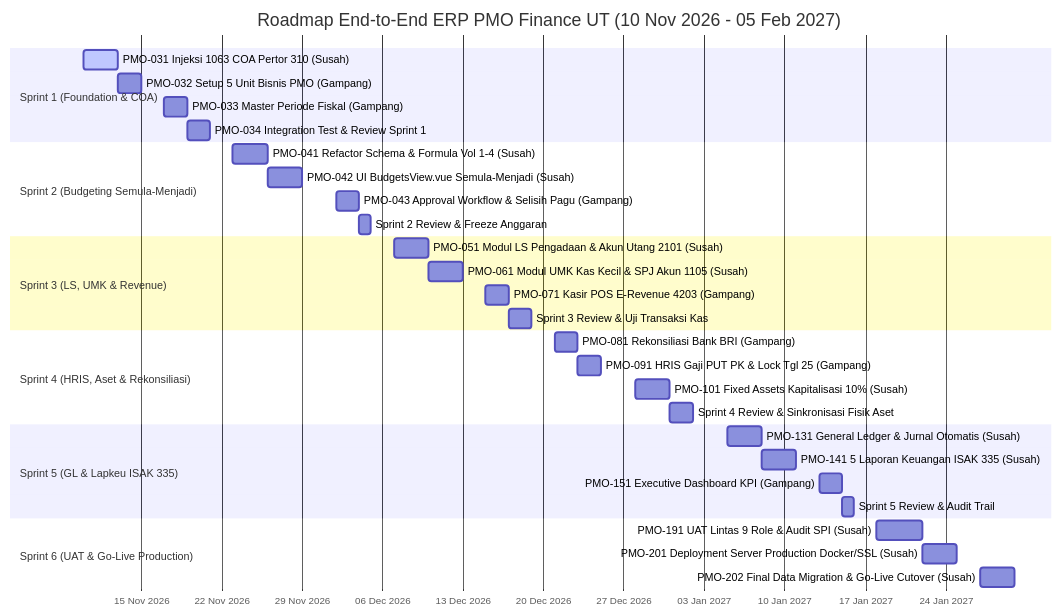
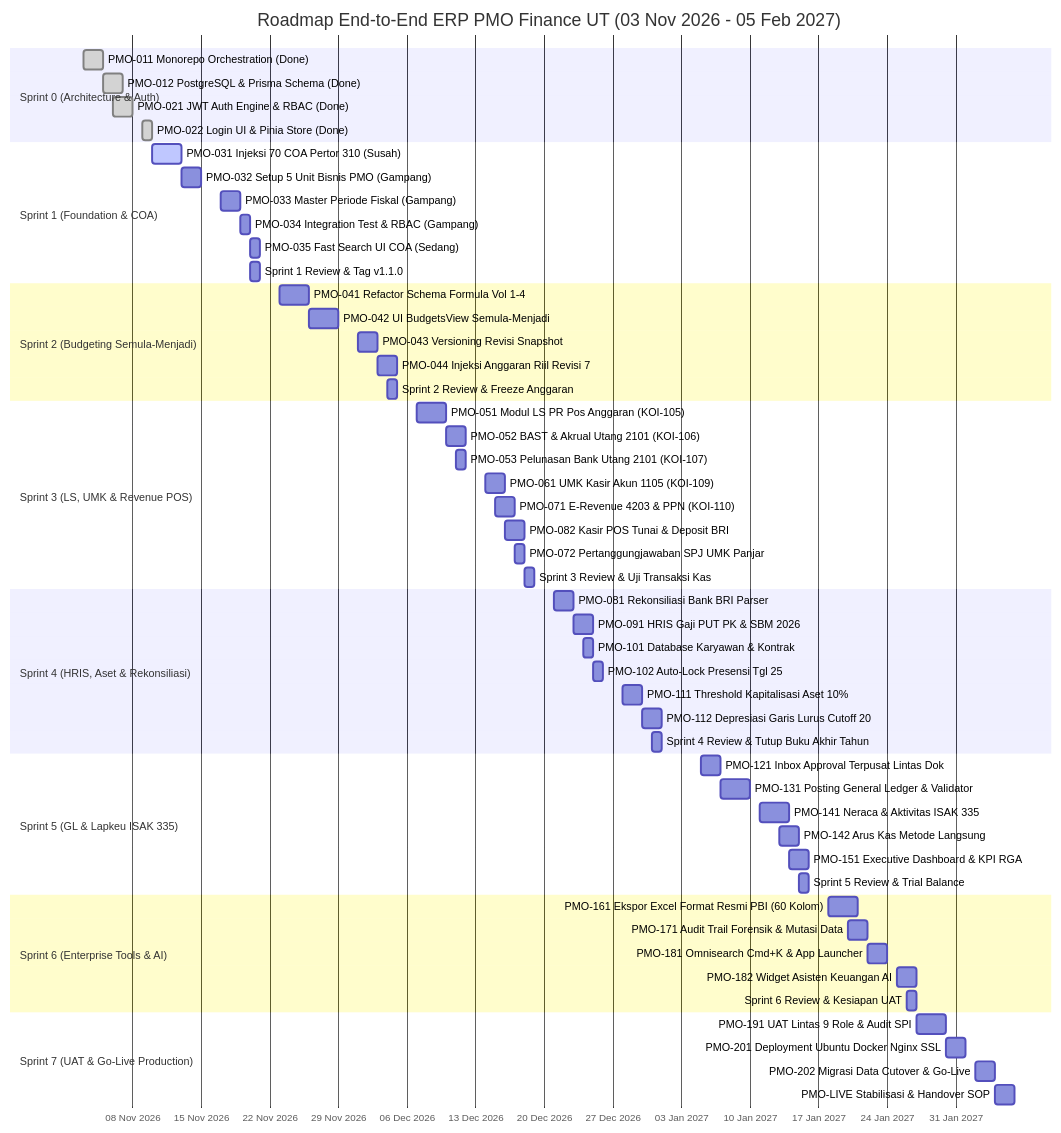
The diagram in docs/JIRA-SPRINT-SCHEDULE-AND-TIMELINE.md (rifamuhammad/pmo-finance), drawn with Mermaid before and after one commit. The commit also changed other lines of this file and 1 other file, not shown here.

Commit message:
docs(jira): synchronize 100% parity between product backlog and sprint schedule timeline

````diff
--- a/docs/JIRA-SPRINT-SCHEDULE-AND-TIMELINE.md
+++ b/docs/JIRA-SPRINT-SCHEDULE-AND-TIMELINE.md
@@ -29,41 +35,67 @@
 ```mermaid
 gantt
-    title Roadmap End-to-End ERP PMO Finance UT (10 Nov 2026 - 05 Feb 2027)
+    title Roadmap End-to-End ERP PMO Finance UT (03 Nov 2026 - 05 Feb 2027)
     dateFormat  YYYY-MM-DD
     axisFormat  %d %b %Y
     
+    section Sprint 0 (Architecture & Auth)
+    PMO-011 Monorepo Orchestration (Done)      :done, pmo011, 2026-11-03, 2d
+    PMO-012 PostgreSQL & Prisma Schema (Done)   :done, pmo012, 2026-11-05, 2d
+    PMO-021 JWT Auth Engine & RBAC (Done)      :done, pmo021, 2026-11-06, 2d
+    PMO-022 Login UI & Pinia Store (Done)      :done, pmo022, 2026-11-09, 1d
+
     section Sprint 1 (Foundation & COA)
-    PMO-031 Injeksi 1063 COA Pertor 310 (Susah) :active, pmo031, 2026-11-10, 3d
-    PMO-032 Setup 5 Unit Bisnis PMO (Gampang)     :pmo032, 2026-11-13, 2d
-    PMO-033 Master Periode Fiskal (Gampang)       :pmo033, 2026-11-17, 2d
-    PMO-034 Integration Test & Review Sprint 1    :pmo034, 2026-11-19, 2d
+    PMO-031 Injeksi 70 COA Pertor 310 (Susah)   :active, pmo031, 2026-11-10, 3d
+    PMO-032 Setup 5 Unit Bisnis PMO (Gampang)   :pmo032, 2026-11-13, 2d
+    PMO-033 Master Periode Fiskal (Gampang)     :pmo033, 2026-11-17, 2d
+    PMO-034 Integration Test & RBAC (Gampang)   :pmo034, 2026-11-19, 1d
+    PMO-035 Fast Search UI COA (Sedang)         :pmo035, 2026-11-20, 1d
+    Sprint 1 Review & Tag v1.1.0                :sprint1rev, 2026-11-20, 1d
 
     section Sprint 2 (Budgeting Semula-Menjadi)
-    PMO-041 Refactor Schema & Formula Vol 1-4 (Susah) :pmo041, 2026-11-23, 3d
-    PMO-042 UI BudgetsView.vue Semula-Menjadi (Susah) :pmo042, 2026-11-26, 3d
-    PMO-043 Approval Workflow & Selisih Pagu (Gampang):pmo043, 2026-12-02, 2d
-    Sprint 2 Review & Freeze Anggaran                :pmo044, 2026-12-04, 1d
+    PMO-041 Refactor Schema Formula Vol 1-4     :pmo041, 2026-11-23, 3d
+    PMO-042 UI BudgetsView Semula-Menjadi       :pmo042, 2026-11-26, 3d
+    PMO-043 Versioning Revisi Snapshot          :pmo043, 2026-12-01, 2d
+    PMO-044 Injeksi Anggaran Riil Revisi 7      :pmo044, 2026-12-03, 2d
+    Sprint 2 Review & Freeze Anggaran           :sprint2rev, 2026-12-04, 1d
 
-    section Sprint 3 (LS, UMK & Revenue)
-    PMO-051 Modul LS Pengadaan & Akun Utang 2101 (Susah) :pmo051, 2026-12-07, 3d
-    PMO-061 Modul UMK Kas Kecil & SPJ Akun 1105 (Susah)  :pmo061, 2026-12-10, 3d
-    PMO-071 Kasir POS E-Revenue 4203 (Gampang)           :pmo071, 2026-12-15, 2d
-    Sprint 3 Review & Uji Transaksi Kas                  :pmo072, 2026-12-17, 2d
+    section Sprint 3 (LS, UMK & Revenue POS)
+    PMO-051 Modul LS PR Pos Anggaran (KOI-105)  :pmo051, 2026-12-07, 3d
+    PMO-052 BAST & Akrual Utang 2101 (KOI-106)  :pmo052, 2026-12-10, 2d
+    PMO-053 Pelunasan Bank Utang 2101 (KOI-107) :pmo053, 2026-12-11, 1d
+    PMO-061 UMK Kasir Akun 1105 (KOI-109)       :pmo061, 2026-12-14, 2d
+    PMO-071 E-Revenue 4203 & PPN (KOI-110)      :pmo071, 2026-12-15, 2d
+    PMO-082 Kasir POS Tunai & Deposit BRI       :pmo082, 2026-12-16, 2d
+    PMO-072 Pertanggungjawaban SPJ UMK Panjar   :pmo072, 2026-12-17, 1d
+    Sprint 3 Review & Uji Transaksi Kas         :sprint3rev, 2026-12-18, 1d
 
     section Sprint 4 (HRIS, Aset & Rekonsiliasi)
-    PMO-081 Rekonsiliasi Bank BRI (Gampang)              :pmo081, 2026-12-21, 2d
-    PMO-091 HRIS Gaji PUT PK & Lock Tgl 25 (Gampang)     :pmo091, 2026-12-23, 2d
-    PMO-101 Fixed Assets Kapitalisasi 10% (Susah)        :pmo101, 2026-12-28, 3d
-    Sprint 4 Review & Sinkronisasi Fisik Aset            :pmo102, 2026-12-31, 2d
+    PMO-081 Rekonsiliasi Bank BRI Parser        :pmo081, 2026-12-21, 2d
+    PMO-091 HRIS Gaji PUT PK & SBM 2026         :pmo091, 2026-12-23, 2d
+    PMO-101 Database Karyawan & Kontrak         :pmo101, 2026-12-24, 1d
+    PMO-102 Auto-Lock Presensi Tgl 25           :pmo102, 2026-12-25, 1d
+    PMO-111 Threshold Kapitalisasi Aset 10%     :pmo111, 2026-12-28, 2d
+    PMO-112 Depresiasi Garis Lurus Cutoff 20    :pmo112, 2026-12-30, 2d
+    Sprint 4 Review & Tutup Buku Akhir Tahun    :sprint4rev, 2026-12-31, 1d
 
     section Sprint 5 (GL & Lapkeu ISAK 335)
-    PMO-131 General Ledger & Jurnal Otomatis (Susah)     :pmo131, 2027-01-05, 3d
-    PMO-141 5 Laporan Keuangan ISAK 335 (Susah)          :pmo141, 2027-01-08, 3d
-    PMO-151 Executive Dashboard KPI (Gampang)            :pmo151, 2027-01-13, 2d
-    Sprint 5 Review & Audit Trail                        :pmo152, 2027-01-15, 1d
+    PMO-121 Inbox Approval Terpusat Lintas Dok  :pmo121, 2027-01-05, 2d
+    PMO-131 Posting General Ledger & Validator  :pmo131, 2027-01-07, 3d
+    PMO-141 Neraca & Aktivitas ISAK 335         :pmo141, 2027-01-11, 3d
+    PMO-142 Arus Kas Metode Langsung            :pmo142, 2027-01-13, 2d
+    PMO-151 Executive Dashboard & KPI RGA       :pmo151, 2027-01-14, 2d
+    Sprint 5 Review & Trial Balance             :sprint5rev, 2027-01-15, 1d
 
-    section Sprint 6 (UAT & Go-Live Production)
-    PMO-191 UAT Lintas 9 Role & Audit SPI (Susah)        :pmo191, 2027-01-18, 4d
-    PMO-201 Deployment Server Production Docker/SSL (Susah):pmo201, 2027-01-22, 3d
-    PMO-202 Final Data Migration & Go-Live Cutover (Susah):pmo202, 2027-01-27, 3d
+    section Sprint 6 (Enterprise Tools & AI)
+    PMO-161 Ekspor Excel Format Resmi PBI (60 Kolom):pmo161, 2027-01-18, 3d
+    PMO-171 Audit Trail Forensik & Mutasi Data  :pmo171, 2027-01-20, 2d
+    PMO-181 Omnisearch Cmd+K & App Launcher     :pmo181, 2027-01-22, 2d
+    PMO-182 Widget Asisten Keuangan AI          :pmo182, 2027-01-25, 2d
+    Sprint 6 Review & Kesiapan UAT              :sprint6rev, 2027-01-26, 1d
+
+    section Sprint 7 (UAT & Go-Live Production)
+    PMO-191 UAT Lintas 9 Role & Audit SPI       :pmo191, 2027-01-27, 3d
+    PMO-201 Deployment Ubuntu Docker Nginx SSL  :pmo201, 2027-01-30, 2d
+    PMO-202 Migrasi Data Cutover & Go-Live      :pmo202, 2027-02-02, 2d
+    PMO-LIVE Stabilisasi & Handover SOP         :pmoLive, 2027-02-04, 2d
 ```
````
